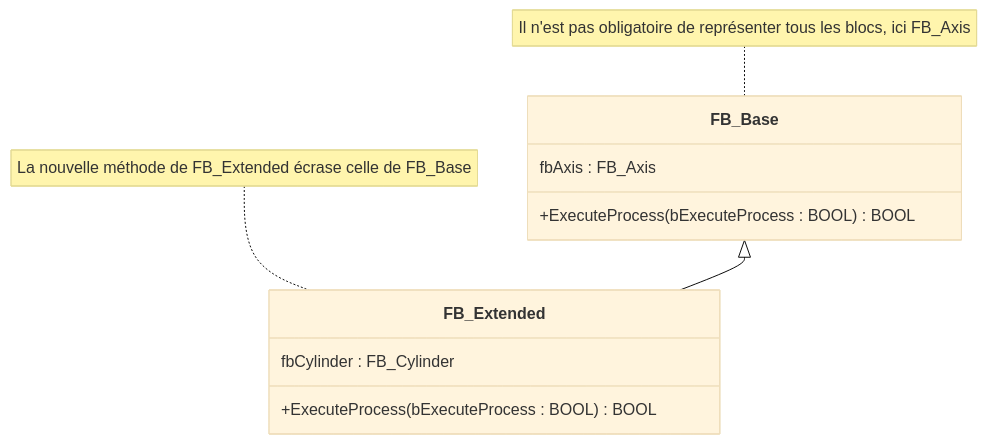
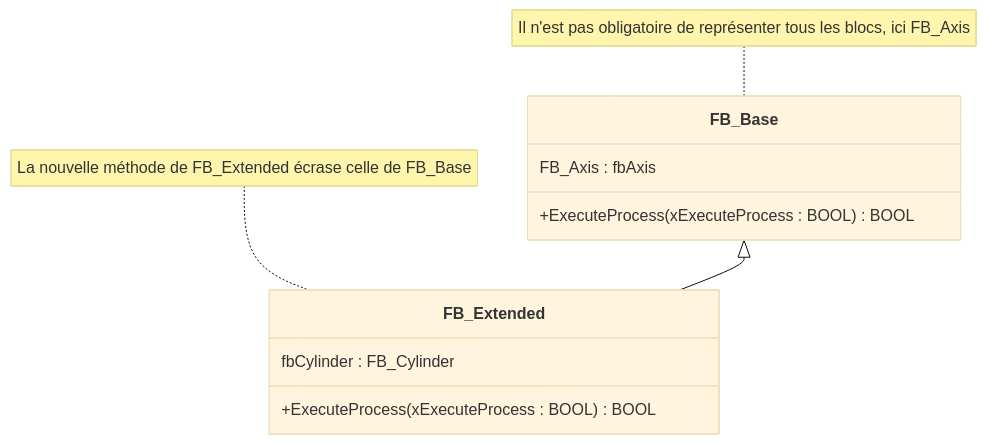
Before and after one commit to hei-synd-aaut/aaut-docs: the fifth of 8 diagrams in AAut_MOD_01_IEC_61131_OOP_Introduction/Programmation_IEC_61131_3_FR.md, drawn with Mermaid (base theme). The commit also changed other lines of this file and 1 other file, not shown here.

````diff
--- a/AAut_MOD_01_IEC_61131_OOP_Introduction/Programmation_IEC_61131_3_FR.md
+++ b/AAut_MOD_01_IEC_61131_OOP_Introduction/Programmation_IEC_61131_3_FR.md
@@ -687,17 +687,17 @@
 ```mermaid
 classDiagram
     class FB_Base {
-        fbAxis : FB_Axis
-        +ExecuteProcess(bExecuteProcess : BOOL) BOOL
+        FB_Axis : fbAxis
+        +ExecuteProcess(xExecuteProcess : BOOL) BOOL
     }
     
     class FB_Extended {
         fbCylinder : FB_Cylinder
-        +ExecuteProcess(bExecuteProcess : BOOL) BOOL
+        +ExecuteProcess(xExecuteProcess : BOOL) BOOL
     }
 
     FB_Base <|-- FB_Extended
 
 note for FB_Extended "La nouvelle méthode de FB_Extended écrase celle de FB_Base"
 note for FB_Base "Il n'est pas obligatoire de représenter tous les blocs, ici FB_Axis"  
 ```
````
